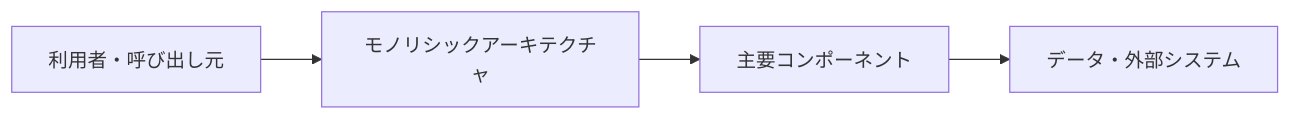
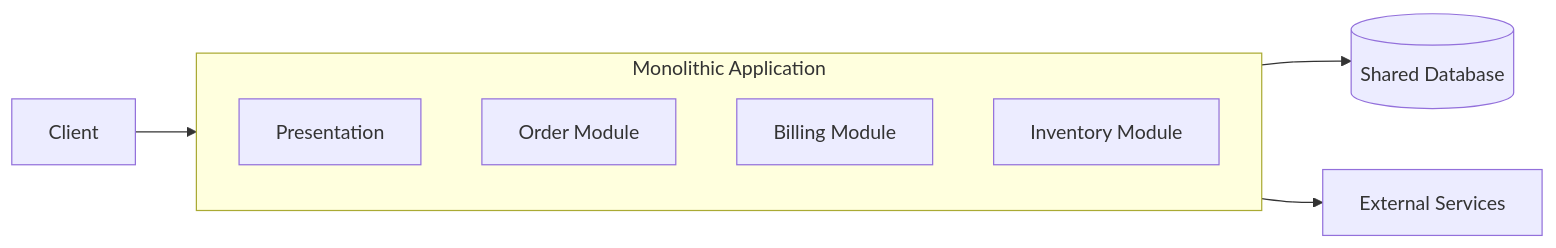
One commit to t-shirayama/architecture-notes changed the diagram in docs/分散システム系/モノリシックアーキテクチャ.md. Above: the diagram before and after it, drawn with Mermaid. The commit also changed other lines of this file and 4 other files, not shown here.

Commit message:
docs: expand distributed architecture notes

````diff
--- a/docs/分散システム系/モノリシックアーキテクチャ.md
+++ b/docs/分散システム系/モノリシックアーキテクチャ.md
@@ -24,6 +25,14 @@
 ```mermaid
 flowchart LR
-    A[利用者・呼び出し元] --> B[モノリシックアーキテクチャ]
-    B --> C[主要コンポーネント]
-    C --> D[データ・外部システム]
+    User[Client] --> App[Monolithic Application]
+
+    subgraph App[Monolithic Application]
+        UI[Presentation]
+        Order[Order Module]
+        Billing[Billing Module]
+        Inventory[Inventory Module]
+    end
+
+    App --> DB[(Shared Database)]
+    App --> External[External Services]
 ```
````
